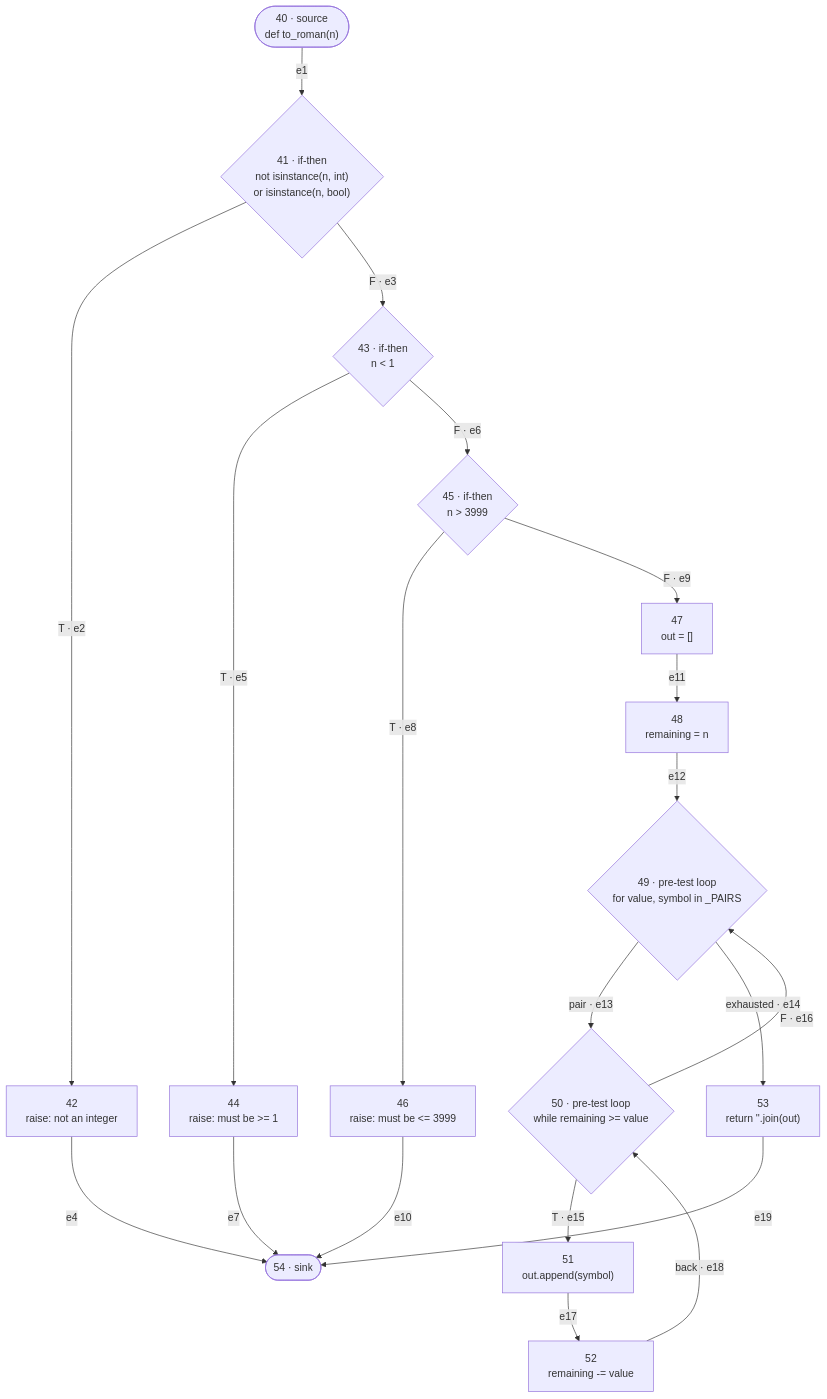
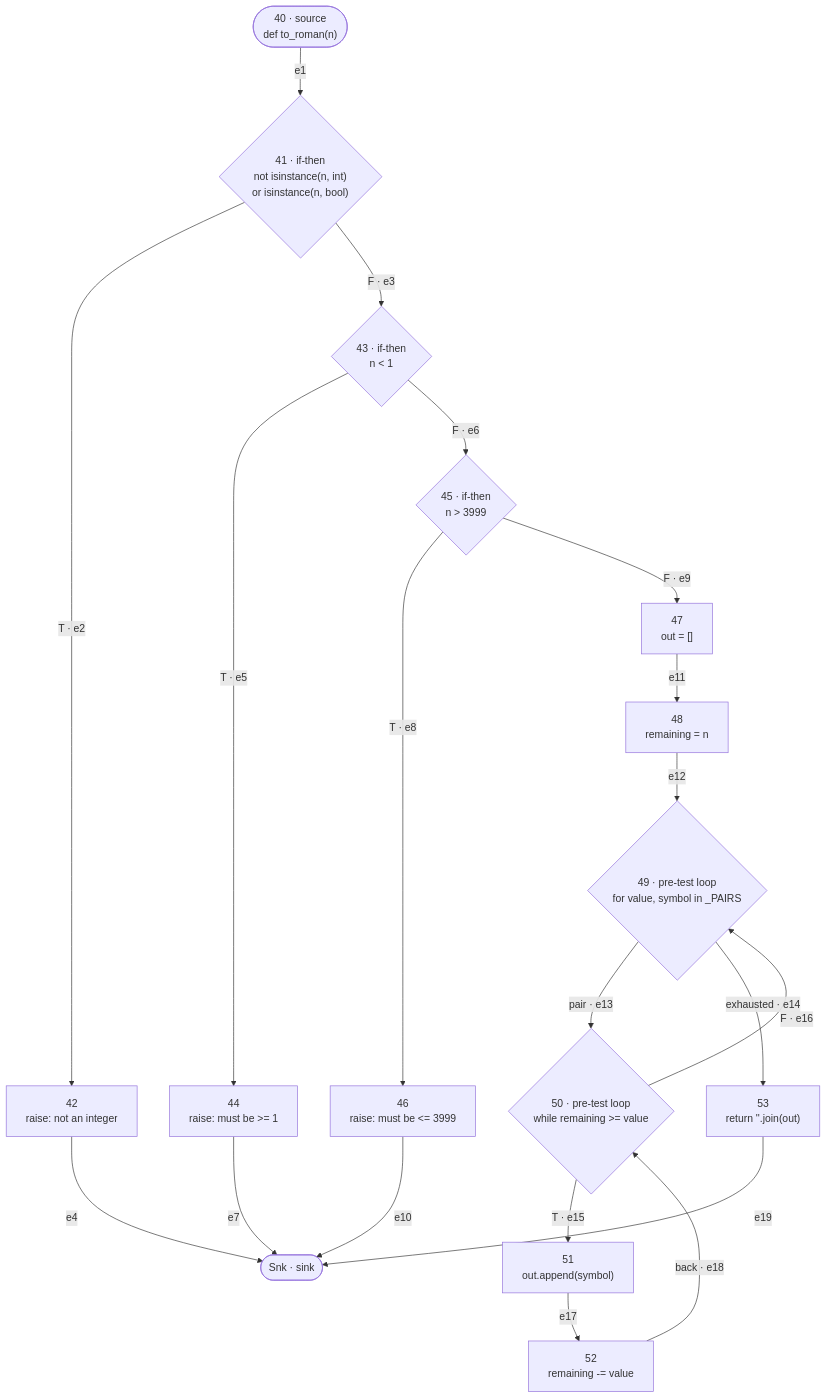
The diagram in REPORT.md (isabellaim/testing-cycle-roman-p1), drawn with Mermaid before and after one commit. The commit also changed other lines of this file and 1 other file, not shown here.

First line of the commit message:
docs: add the drawn control flow graph and relabel the sink node as Snk

````diff
--- a/REPORT.md
+++ b/REPORT.md
@@ -128,38 +138,38 @@
 ```mermaid
 flowchart TD
     n40(["40 · source<br/>def to_roman(n)"])
     n41{"41 · if-then<br/>not isinstance(n, int)<br/>or isinstance(n, bool)"}
     n42["42<br/>raise: not an integer"]
     n43{"43 · if-then<br/>n < 1"}
     n44["44<br/>raise: must be >= 1"]
     n45{"45 · if-then<br/>n > 3999"}
     n46["46<br/>raise: must be <= 3999"]
     n47["47<br/>out = []"]
     n48["48<br/>remaining = n"]
     n49{"49 · pre-test loop<br/>for value, symbol in _PAIRS"}
     n50{"50 · pre-test loop<br/>while remaining >= value"}
     n51["51<br/>out.append(symbol)"]
     n52["52<br/>remaining -= value"]
     n53["53<br/>return ''.join(out)"]
-    n54(["54 · sink"])
+    nSnk(["Snk · sink"])
 
     n40 -->|e1| n41
     n41 -->|"T · e2"| n42
     n41 -->|"F · e3"| n43
-    n42 -->|e4| n54
+    n42 -->|e4| nSnk
     n43 -->|"T · e5"| n44
     n43 -->|"F · e6"| n45
-    n44 -->|e7| n54
+    n44 -->|e7| nSnk
     n45 -->|"T · e8"| n46
     n45 -->|"F · e9"| n47
-    n46 -->|e10| n54
+    n46 -->|e10| nSnk
     n47 -->|e11| n48
     n48 -->|e12| n49
     n49 -->|"pair · e13"| n50
     n49 -->|"exhausted · e14"| n53
     n50 -->|"T · e15"| n51
     n50 -->|"F · e16"| n49
     n51 -->|e17| n52
     n52 -->|"back · e18"| n50
-    n53 -->|e19| n54
+    n53 -->|e19| nSnk
 ```
````
